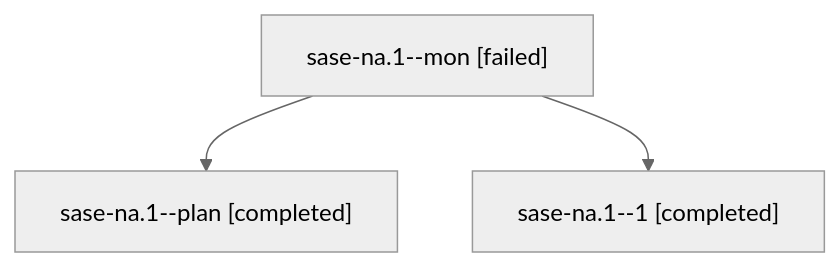
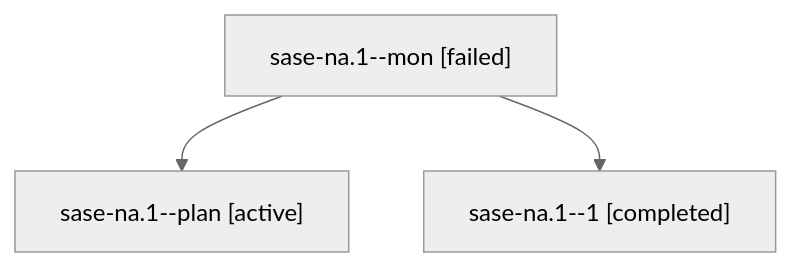
The diagram in families/bbugyi200.athena.sase-na.1.md (sase-org/sase--agents), drawn with Mermaid (neutral theme) before and after one commit. The commit also changed other lines of this file and 35830 other files, not shown here.

````diff
--- a/families/bbugyi200.athena.sase-na.1.md
+++ b/families/bbugyi200.athena.sase-na.1.md
@@ -9,8 +9,8 @@
 ```mermaid
 flowchart TD
   n0["sase-na.1--mon [failed]"]
-  n1["sase-na.1--plan [completed]"]
+  n1["sase-na.1--plan [active]"]
   n0 --> n1
   n2["sase-na.1--1 [completed]"]
   n0 --> n2
 ```
````
